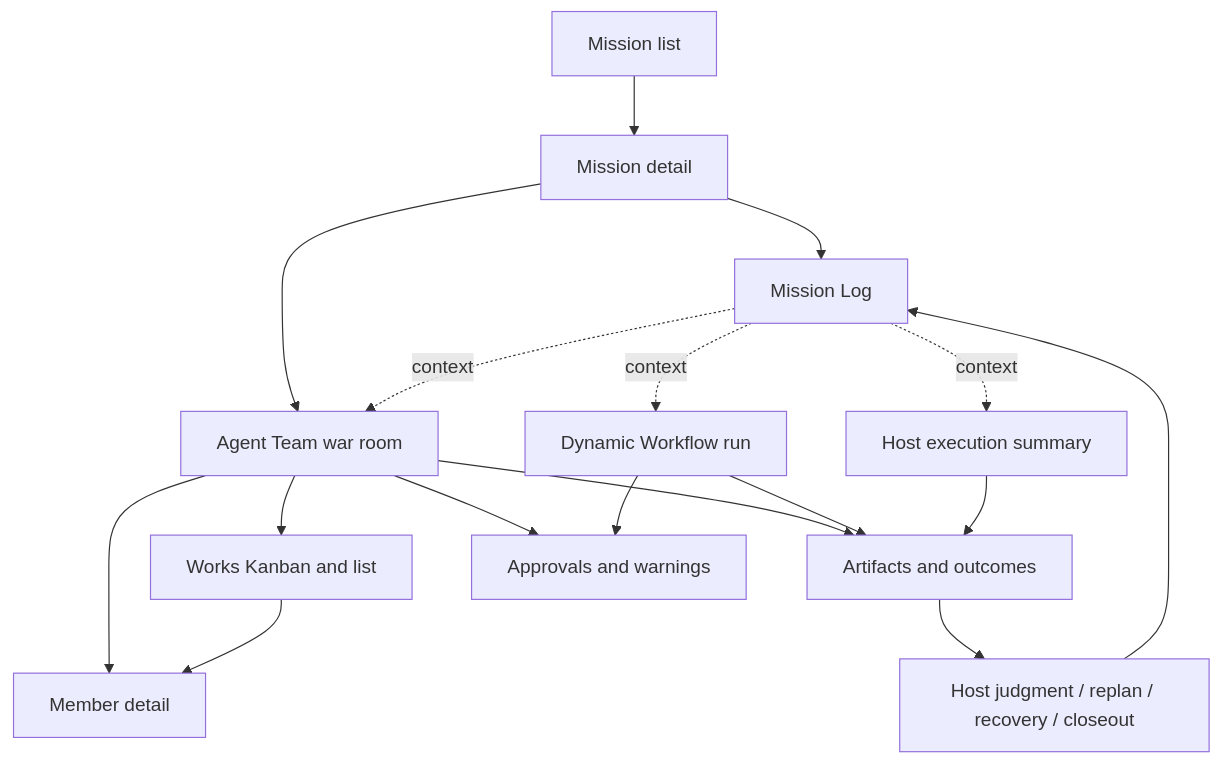
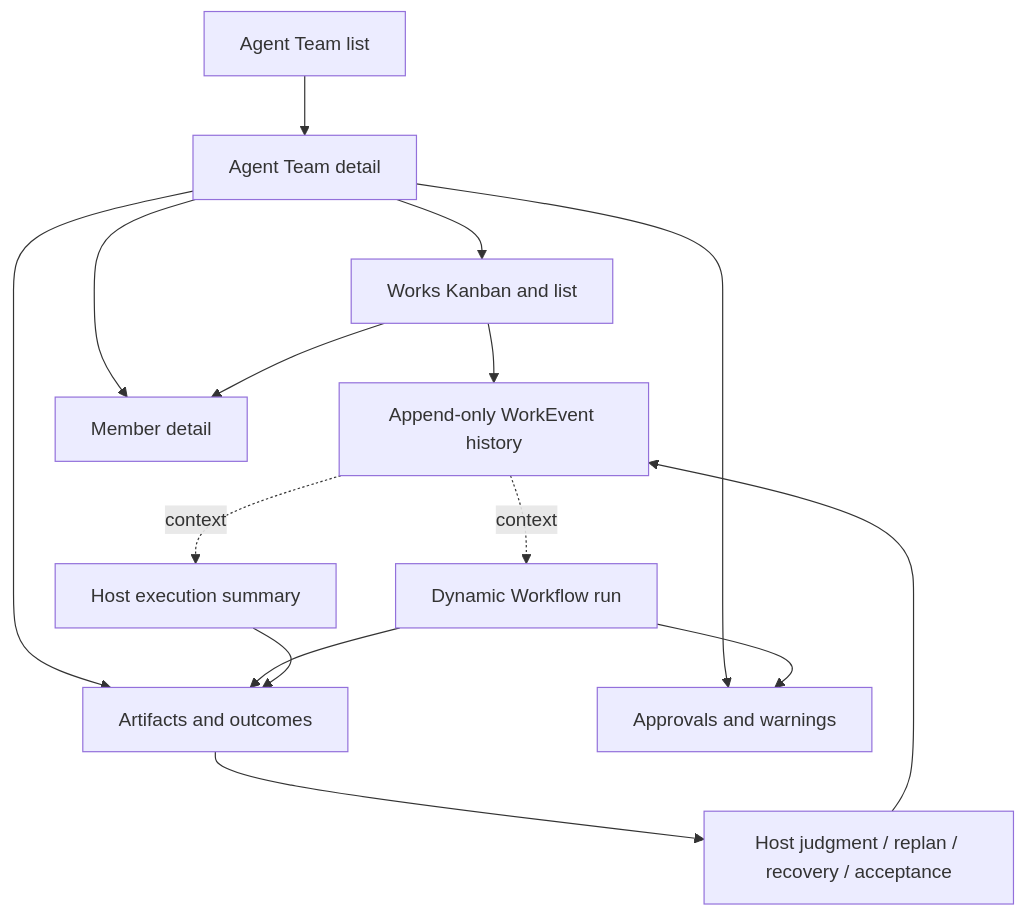
One commit to cyl19970726/multi-agent-harness changed the diagram in docs/current/operations/dashboard.md. Above: the diagram before and after it, drawn with Mermaid. The commit also changed other lines of this file and 64 other files, not shown here.

````diff
--- a/docs/current/operations/dashboard.md
+++ b/docs/current/operations/dashboard.md
@@ -46,31 +47,28 @@
 ```mermaid
 flowchart TD
-  Missions[Mission list]
-  Mission[Mission detail]
-  Log[Mission Log]
-  Team[Agent Team war room]
+  Teams[Agent Team list]
+  Team[Agent Team detail]
   Works[Works Kanban and list]
+  Events[Append-only WorkEvent history]
   Workflow[Dynamic Workflow run]
   Host[Host execution summary]
   Member[Member detail]
   Artifacts[Artifacts and outcomes]
-  Decision[Host judgment / replan / recovery / closeout]
+  Decision[Host judgment / replan / recovery / acceptance]
   Warnings[Approvals and warnings]
 
-  Missions --> Mission
-  Mission --> Log
-  Mission --> Team
-  Log -. context .-> Team
-  Log -. context .-> Workflow
-  Log -. context .-> Host
+  Teams --> Team
+  Team --> Works
+  Works --> Events
+  Events -. context .-> Workflow
+  Events -. context .-> Host
   Team --> Member
-  Team --> Works
   Works --> Member
   Team --> Artifacts
   Workflow --> Artifacts
   Host --> Artifacts
   Artifacts --> Decision
-  Decision --> Log
+  Decision --> Events
   Team --> Warnings
   Workflow --> Warnings
 ```
````
